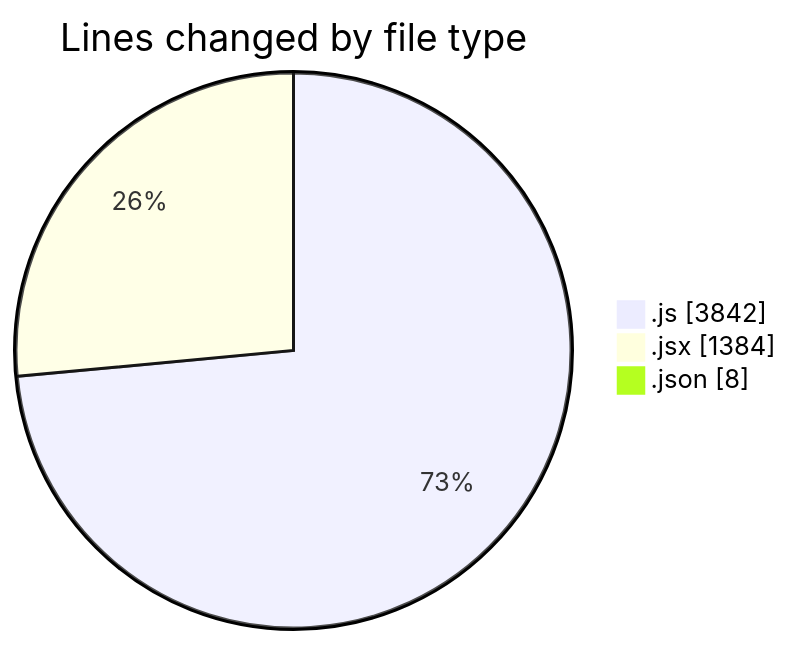
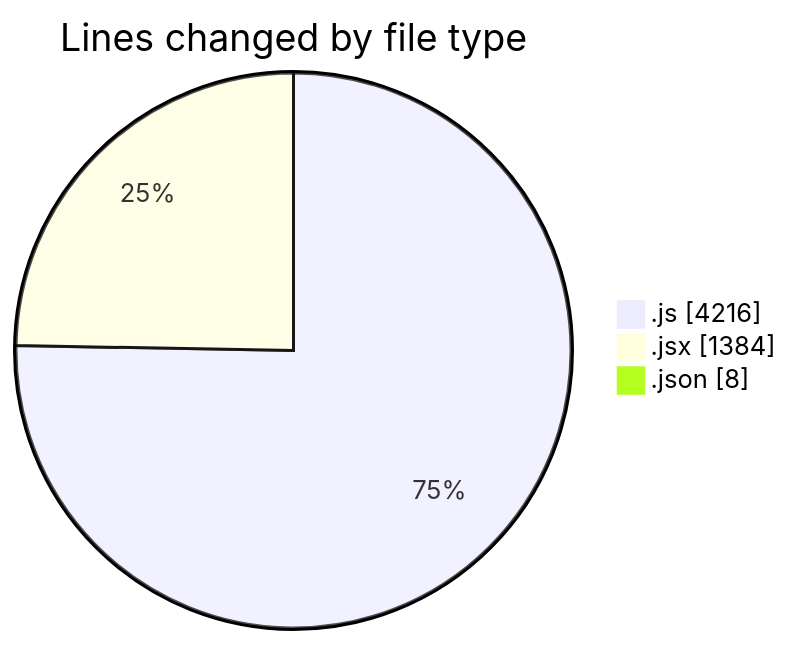
The first of 2 diagrams in 2025-07-23/nxtqube_webapp/README.md (nxtqubesakshisongat/code-tracking), drawn with Mermaid before and after one commit. The commit also changed other lines of this file and 1 other file, not shown here.

````diff
--- a/2025-07-23/nxtqube_webapp/README.md
+++ b/2025-07-23/nxtqube_webapp/README.md
@@ -45,7 +46,7 @@
 ```mermaid
 pie showData
 title Lines changed by file type
-".js" : 3842
+".js" : 4216
 ".jsx" : 1384
 ".json" : 8
 ```
````
